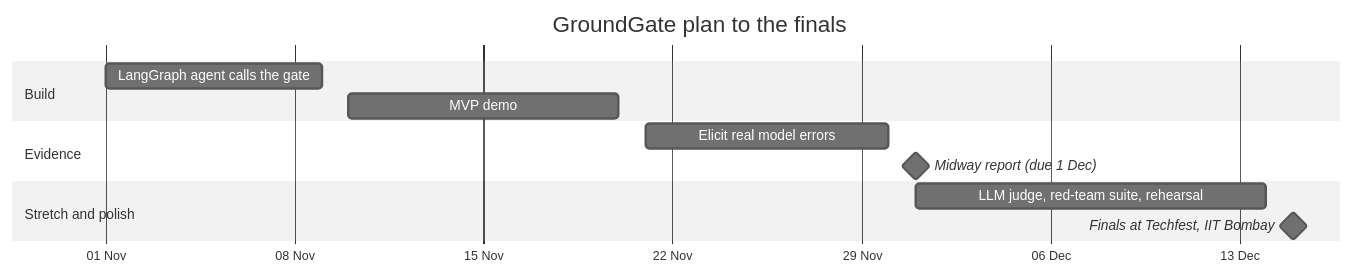
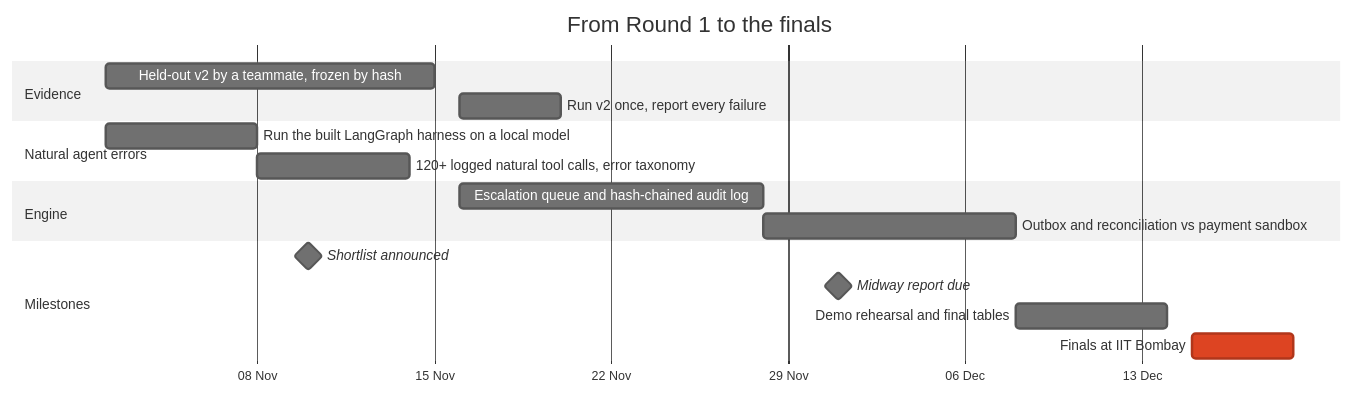
One commit to DharmiSapariya/GroundGate changed the sixth of 6 diagrams in README.md. Above: the diagram before and after it, drawn with Mermaid (neutral theme). The commit also changed other lines of this file, not shown here.

````diff
--- a/README.md
+++ b/README.md
@@ -320,15 +403,20 @@
 ```mermaid
 gantt
-    title GroundGate plan to the finals
-    dateFormat  YYYY-MM-DD
-    axisFormat  %d %b
-    section Build
-    LangGraph agent calls the gate        :a1, 2026-11-01, 2026-11-09
-    MVP demo                               :a2, 2026-11-10, 2026-11-20
-    section Evidence
-    Elicit real model errors               :b1, 2026-11-21, 2026-11-30
-    Midway report (due 1 Dec)              :milestone, m1, 2026-12-01, 0d
-    section Stretch and polish
-    LLM judge, red-team suite, rehearsal   :c1, 2026-12-01, 2026-12-14
-    Finals at Techfest, IIT Bombay         :milestone, m2, 2026-12-15, 0d
+  title From Round 1 to the finals
+  dateFormat YYYY-MM-DD
+  axisFormat %d %b
+  section Evidence
+  Held-out v2 by a teammate, frozen by hash        :a1, 2026-11-02, 2026-11-15
+  Run v2 once, report every failure                :a2, 2026-11-16, 2026-11-20
+  section Natural agent errors
+  Run the built LangGraph harness on a local model :b1, 2026-11-02, 2026-11-08
+  120+ logged natural tool calls, error taxonomy   :b2, 2026-11-08, 2026-11-14
+  section Engine
+  Escalation queue and hash-chained audit log      :c1, 2026-11-16, 2026-11-28
+  Outbox and reconciliation vs payment sandbox     :c2, 2026-11-28, 2026-12-08
+  section Milestones
+  Shortlist announced                              :milestone, m1, 2026-11-10, 0d
+  Midway report due                                :milestone, m2, 2026-12-01, 0d
+  Demo rehearsal and final tables                  :d1, 2026-12-08, 2026-12-14
+  Finals at IIT Bombay                             :crit, d2, 2026-12-15, 4d
 ```
````
